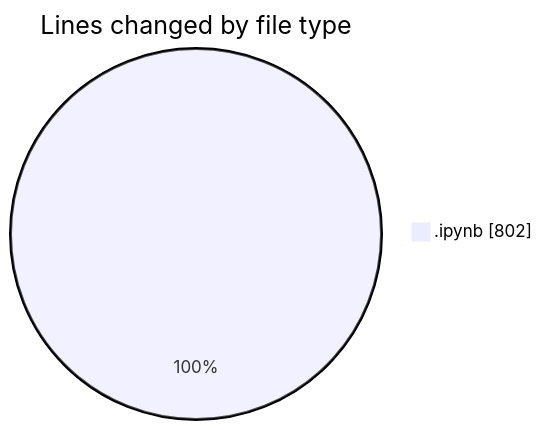
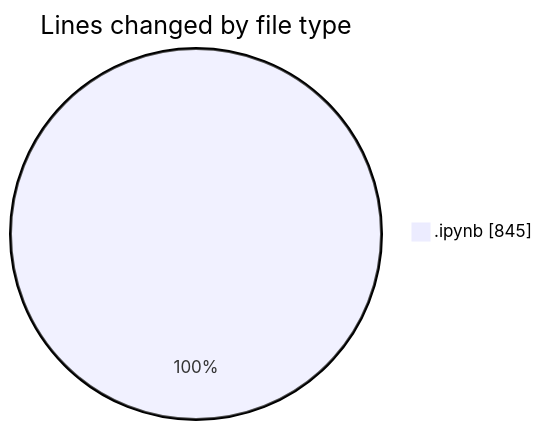
Before and after one commit to Unknowalive/code-tracking: the first of 2 diagrams in 2026-09-01/pws_v/README.md, drawn with Mermaid. The commit also changed other lines of this file and 1 other file, not shown here.

````diff
--- a/2026-09-01/pws_v/README.md
+++ b/2026-09-01/pws_v/README.md
@@ -20,5 +20,5 @@
 ```mermaid
 pie showData
 title Lines changed by file type
-".ipynb" : 802
+".ipynb" : 845
 ```
````
